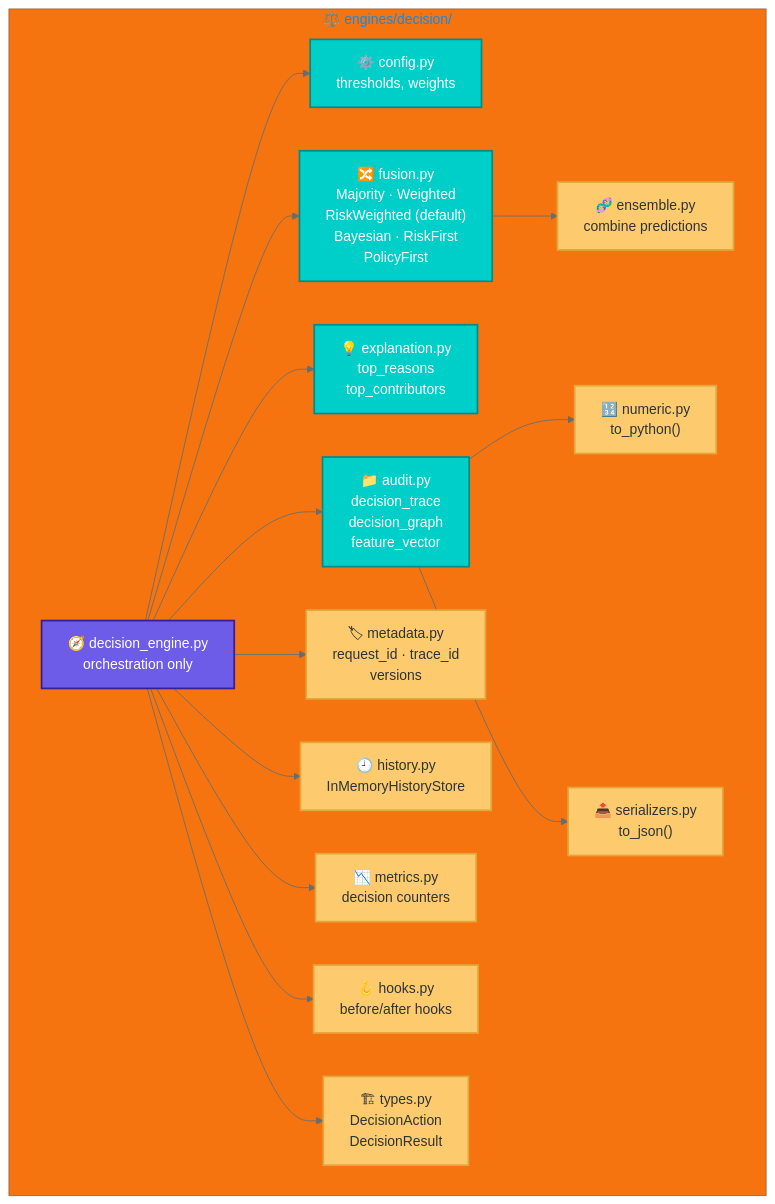
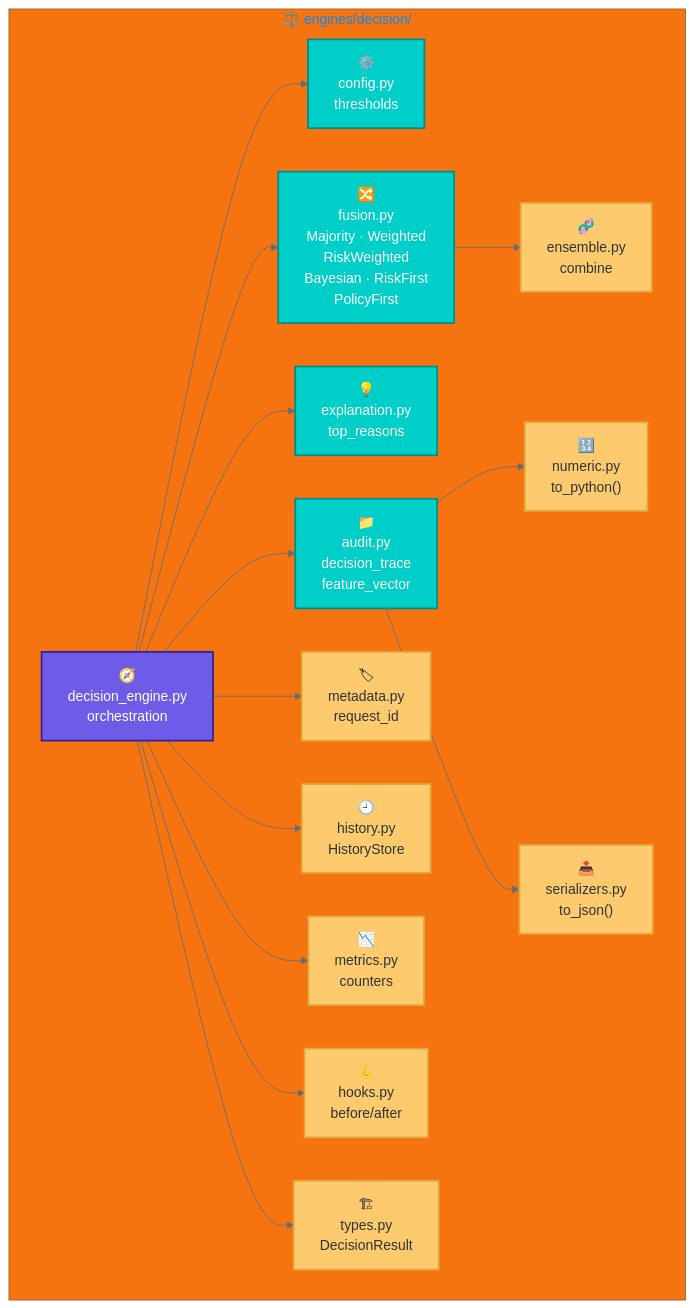
One commit to couder-04/NeuralAuth changed the eighth of 15 diagrams in README.md. Above: the diagram before and after it, drawn with Mermaid. The commit also changed other lines of this file, not shown here.

````diff
--- a/README.md
+++ b/README.md
@@ -358,39 +358,39 @@
 ```mermaid
 %%{init: {'theme':'base', 'themeVariables': {'primaryColor':'#0984e3','primaryTextColor':'#fff','primaryBorderColor':'#053e6e','lineColor':'#636e72'}}}%%
 flowchart TD
     subgraph Pkg["⚖️ engines/decision/"]
-        DEng["🧭 decision_engine.py<br/>orchestration only"]
-        Cfg["⚙️ config.py<br/>thresholds, weights"]
-        Fus["🔀 fusion.py<br/>Majority · Weighted<br/>RiskWeighted (default)<br/>Bayesian · RiskFirst<br/>PolicyFirst"]
-        Expl["💡 explanation.py<br/>top_reasons<br/>top_contributors"]
-        Aud["📁 audit.py<br/>decision_trace<br/>decision_graph<br/>feature_vector"]
-        Meta2["🏷 metadata.py<br/>request_id · trace_id<br/>versions"]
-        Hist2["🕘 history.py<br/>InMemoryHistoryStore"]
-        Metr["📉 metrics.py<br/>decision counters"]
-        Hooks["🪝 hooks.py<br/>before/after hooks"]
-        Ens["🧬 ensemble.py<br/>combine predictions"]
-        Num["🔢 numeric.py<br/>to_python()"]
-        Ser["📤 serializers.py<br/>to_json()"]
-        Types["🏗 types.py<br/>DecisionAction<br/>DecisionResult"]
+        DEng["🧭<br/>decision_engine.py<br/>orchestration"]
+        Cfg["⚙️<br/>config.py<br/>thresholds"]
+        Fus["🔀<br/>fusion.py<br/>Majority · Weighted<br/>RiskWeighted<br/>Bayesian · RiskFirst<br/>PolicyFirst"]
+        Expl["💡<br/>explanation.py<br/>top_reasons"]
+        Aud["📁<br/>audit.py<br/>decision_trace<br/>feature_vector"]
+        Meta2["🏷<br/>metadata.py<br/>request_id"]
+        Hist2["🕘<br/>history.py<br/>HistoryStore"]
+        Metr["📉<br/>metrics.py<br/>counters"]
+        Hooks["🪝<br/>hooks.py<br/>before/after"]
+        Ens["🧬<br/>ensemble.py<br/>combine"]
+        Num["🔢<br/>numeric.py<br/>to_python()"]
+        Ser["📤<br/>serializers.py<br/>to_json()"]
+        Types["🏗<br/>types.py<br/>DecisionResult"]
     end
 
     DEng --> Cfg
     DEng --> Fus
     DEng --> Expl
     DEng --> Aud
     DEng --> Meta2
     DEng --> Hist2
     DEng --> Metr
     DEng --> Hooks
     Fus --> Ens
     Aud --> Num
     Aud --> Ser
     DEng --> Types
 
     classDef core fill:#6c5ce7,stroke:#341f97,color:#fff,stroke-width:2px
     classDef support fill:#00cec9,stroke:#008b87,color:#fff,stroke-width:2px
     classDef util fill:#fdcb6e,stroke:#e1a83c,color:#2d3436,stroke-width:2px
     class DEng core
     class Cfg,Fus,Expl,Aud support
     class Meta2,Hist2,Metr,Hooks,Ens,Num,Ser,Types util
 ```
````
